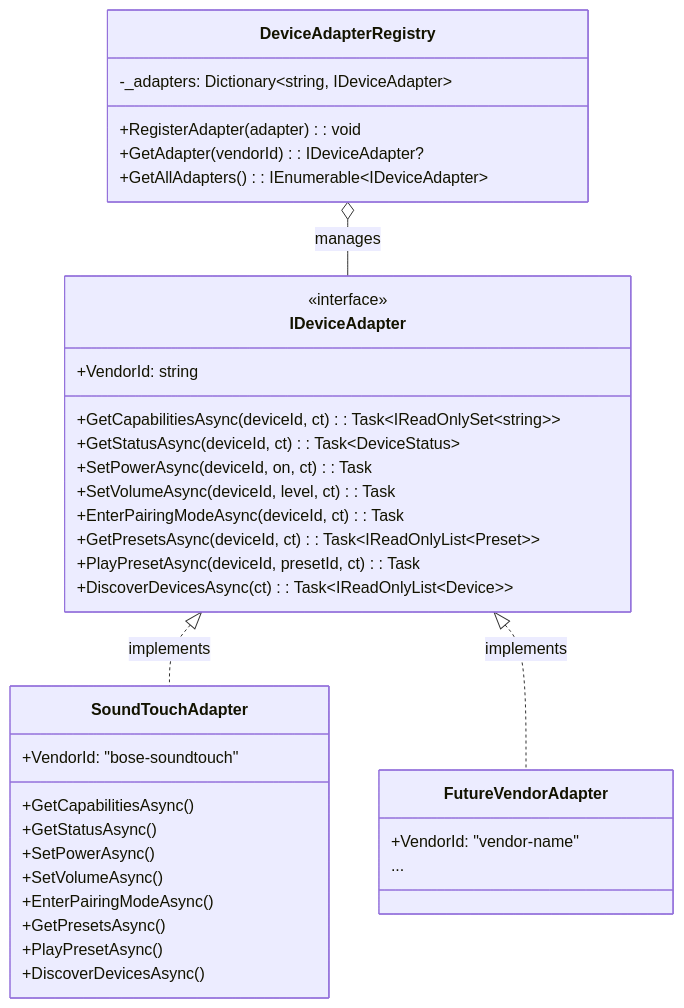
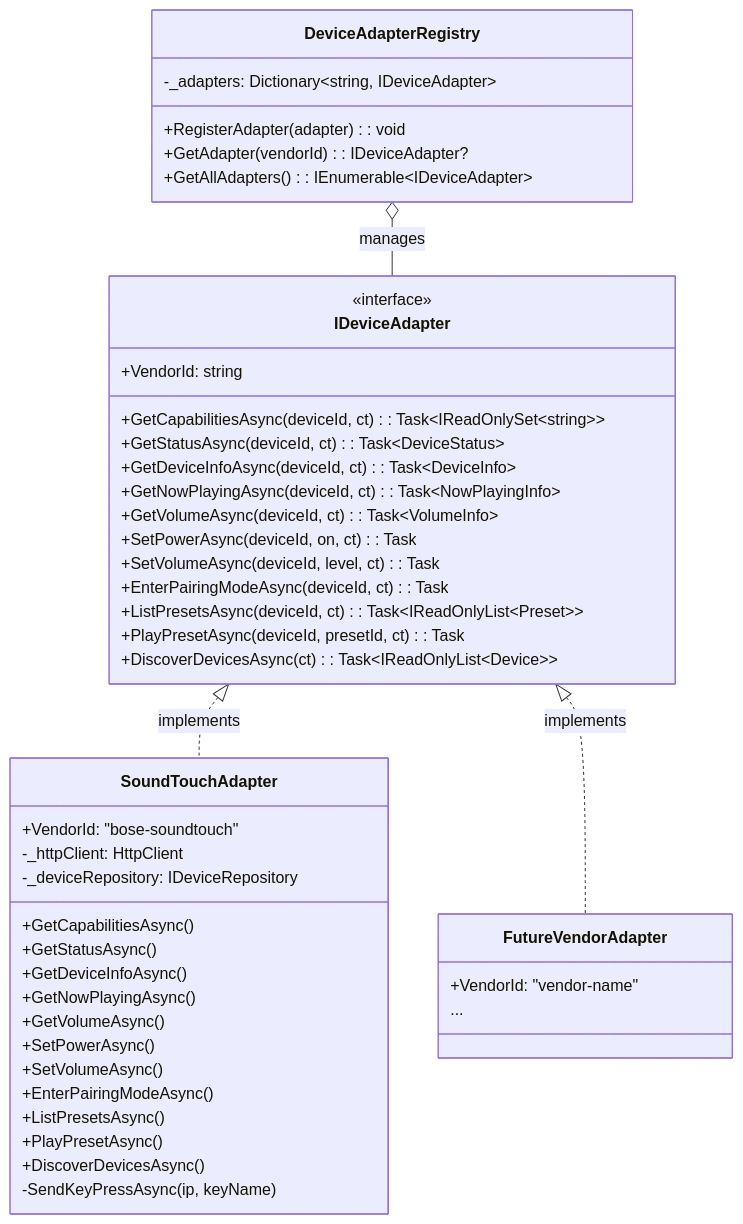
The fourth of 9 diagrams in docs/architecture.md (sasky80/soundHub), drawn with Mermaid before and after one commit. The commit also changed other lines of this file and 13 other files, not shown here.

````diff
--- a/docs/architecture.md
+++ b/docs/architecture.md
@@ -139,43 +142,52 @@
 ```mermaid
 classDiagram
     class IDeviceAdapter {
         <<interface>>
         +VendorId: string
         +GetCapabilitiesAsync(deviceId, ct): Task~IReadOnlySet~string~~
         +GetStatusAsync(deviceId, ct): Task~DeviceStatus~
+        +GetDeviceInfoAsync(deviceId, ct): Task~DeviceInfo~
+        +GetNowPlayingAsync(deviceId, ct): Task~NowPlayingInfo~
+        +GetVolumeAsync(deviceId, ct): Task~VolumeInfo~
         +SetPowerAsync(deviceId, on, ct): Task
         +SetVolumeAsync(deviceId, level, ct): Task
         +EnterPairingModeAsync(deviceId, ct): Task
-        +GetPresetsAsync(deviceId, ct): Task~IReadOnlyList~Preset~~
+        +ListPresetsAsync(deviceId, ct): Task~IReadOnlyList~Preset~~
         +PlayPresetAsync(deviceId, presetId, ct): Task
         +DiscoverDevicesAsync(ct): Task~IReadOnlyList~Device~~
     }
 
     class SoundTouchAdapter {
         +VendorId: "bose-soundtouch"
+        -_httpClient: HttpClient
+        -_deviceRepository: IDeviceRepository
         +GetCapabilitiesAsync()
         +GetStatusAsync()
+        +GetDeviceInfoAsync()
+        +GetNowPlayingAsync()
+        +GetVolumeAsync()
         +SetPowerAsync()
         +SetVolumeAsync()
         +EnterPairingModeAsync()
-        +GetPresetsAsync()
+        +ListPresetsAsync()
         +PlayPresetAsync()
         +DiscoverDevicesAsync()
+        -SendKeyPressAsync(ip, keyName)
     }
 
     class FutureVendorAdapter {
         +VendorId: "vendor-name"
         ...
     }
 
     class DeviceAdapterRegistry {
         -_adapters: Dictionary~string, IDeviceAdapter~
         +RegisterAdapter(adapter): void
         +GetAdapter(vendorId): IDeviceAdapter?
         +GetAllAdapters(): IEnumerable~IDeviceAdapter~
     }
 
     IDeviceAdapter <|.. SoundTouchAdapter : implements
     IDeviceAdapter <|.. FutureVendorAdapter : implements
     DeviceAdapterRegistry o-- IDeviceAdapter : manages
 ```
````
